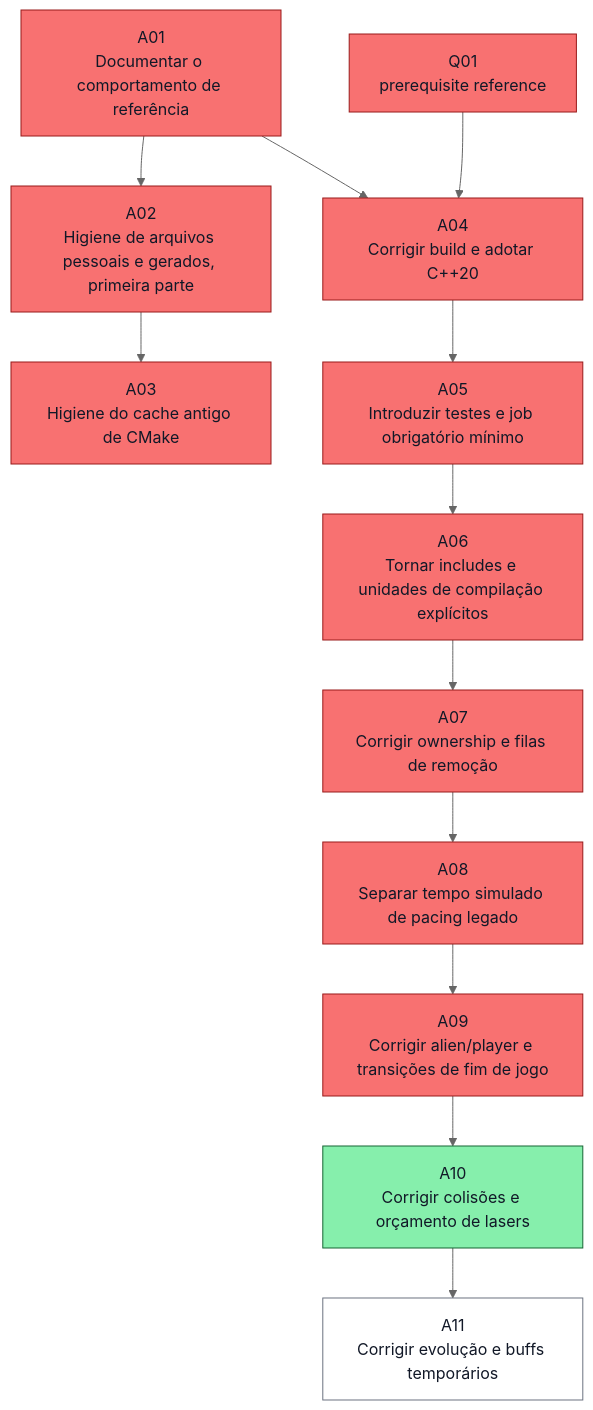
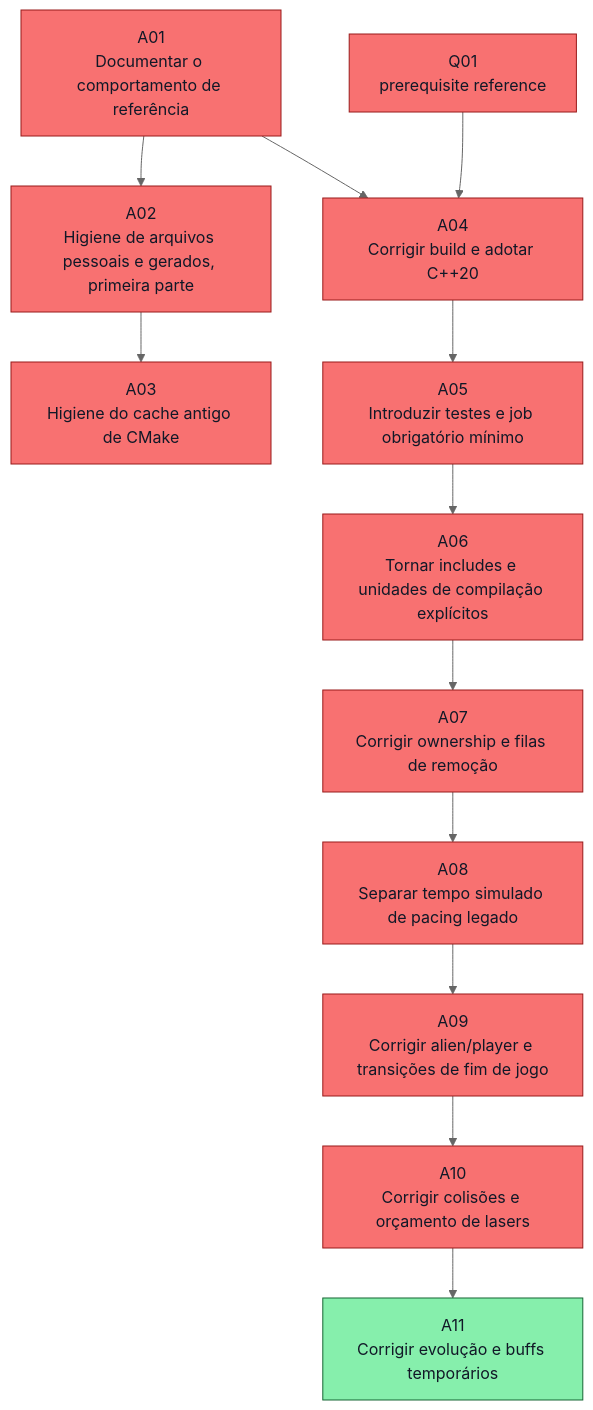
One commit to ocarizr/spaceraiders changed the second of 27 diagrams in docs/task-dependencies.md. Above: the diagram before and after it, drawn with Mermaid (neutral theme). The commit also changed other lines of this file and 9 other files, not shown here.

````diff
--- a/docs/task-dependencies.md
+++ b/docs/task-dependencies.md
@@ -119,29 +120,29 @@
 ```mermaid
 flowchart TD
     ref_A_Q01["Q01<br/>prerequisite reference"]:::done
     A01["A01<br/>Documentar o comportamento de referência"]:::done
     A02["A02<br/>Higiene de arquivos pessoais e gerados, primeira parte"]:::done
     A03["A03<br/>Higiene do cache antigo de CMake"]:::done
     A04["A04<br/>Corrigir build e adotar C++20"]:::done
     A05["A05<br/>Introduzir testes e job obrigatório mínimo"]:::done
     A06["A06<br/>Tornar includes e unidades de compilação explícitos"]:::done
     A07["A07<br/>Corrigir ownership e filas de remoção"]:::done
     A08["A08<br/>Separar tempo simulado de pacing legado"]:::done
     A09["A09<br/>Corrigir alien/player e transições de fim de jogo"]:::done
-    A10["A10<br/>Corrigir colisões e orçamento de lasers"]:::ready
-    A11["A11<br/>Corrigir evolução e buffs temporários"]:::pending
+    A10["A10<br/>Corrigir colisões e orçamento de lasers"]:::done
+    A11["A11<br/>Corrigir evolução e buffs temporários"]:::ready
     A01 --> A02
     A02 --> A03
     A01 --> A04
     ref_A_Q01 --> A04
     A04 --> A05
     A05 --> A06
     A06 --> A07
     A07 --> A08
     A08 --> A09
     A09 --> A10
     A10 --> A11
     classDef pending fill:#ffffff,stroke:#6b7280,color:#111827
     classDef ready fill:#86efac,stroke:#166534,color:#111827
     classDef done fill:#f87171,stroke:#991b1b,color:#111827
 ```
````
